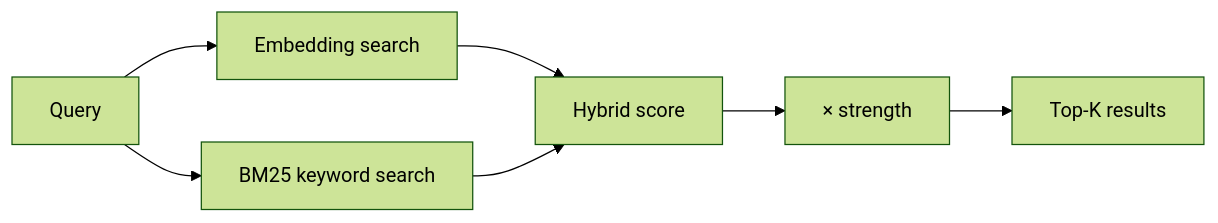
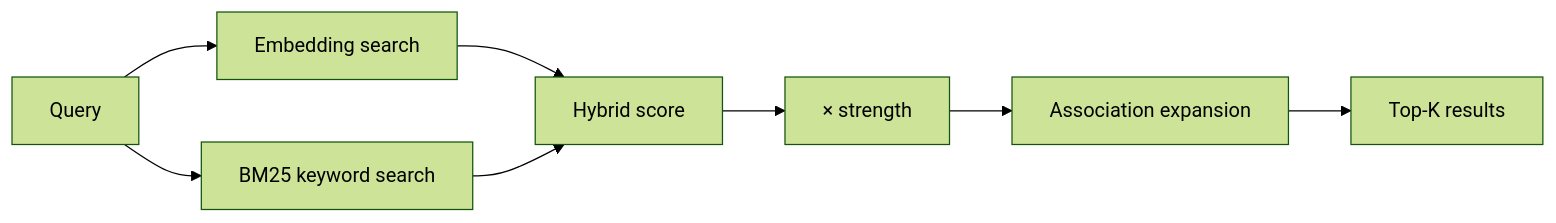
The third of 4 diagrams in docs/architecture.md (jarimustonen/formative-memory), drawn with Mermaid (forest theme) before and after one commit. The commit also changed other lines of this file and 5 other files, not shown here.

````diff
--- a/docs/architecture.md
+++ b/docs/architecture.md
@@ -144,9 +146,10 @@
 ```mermaid
 flowchart LR
     Q["Query"] --> E["Embedding search"]
     Q --> B["BM25 keyword search"]
     E --> H["Hybrid score"]
     B --> H
     H --> S["× strength"]
-    S --> R["Top-K results"]
+    S --> A["Association expansion"]
+    A --> R["Top-K results"]
 ```
````
